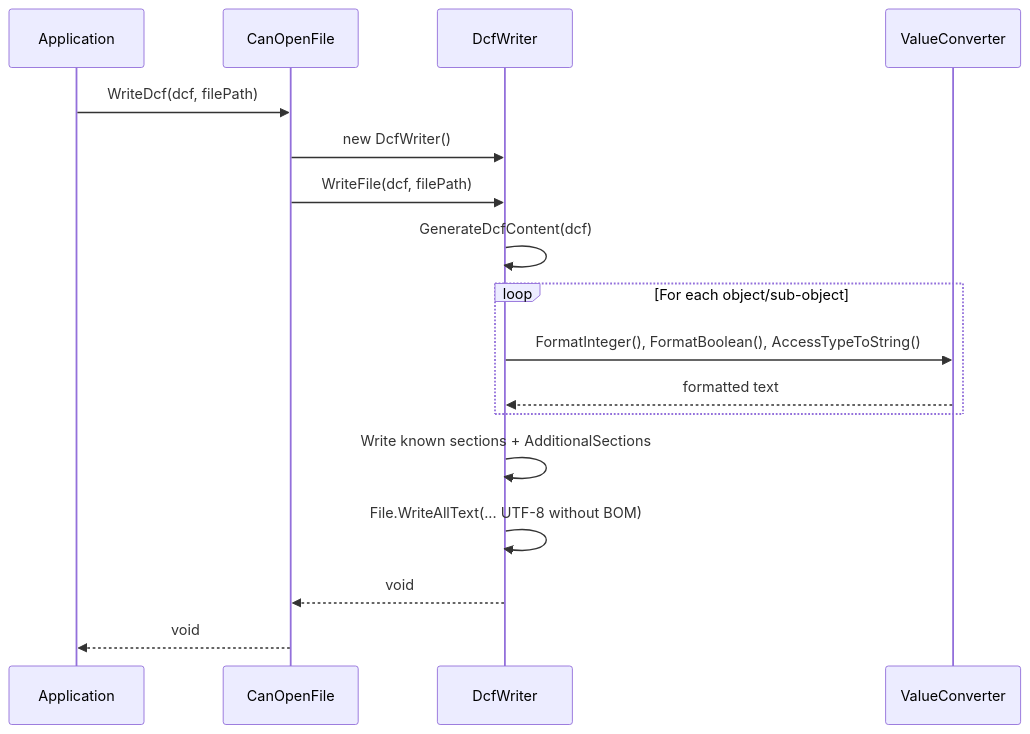
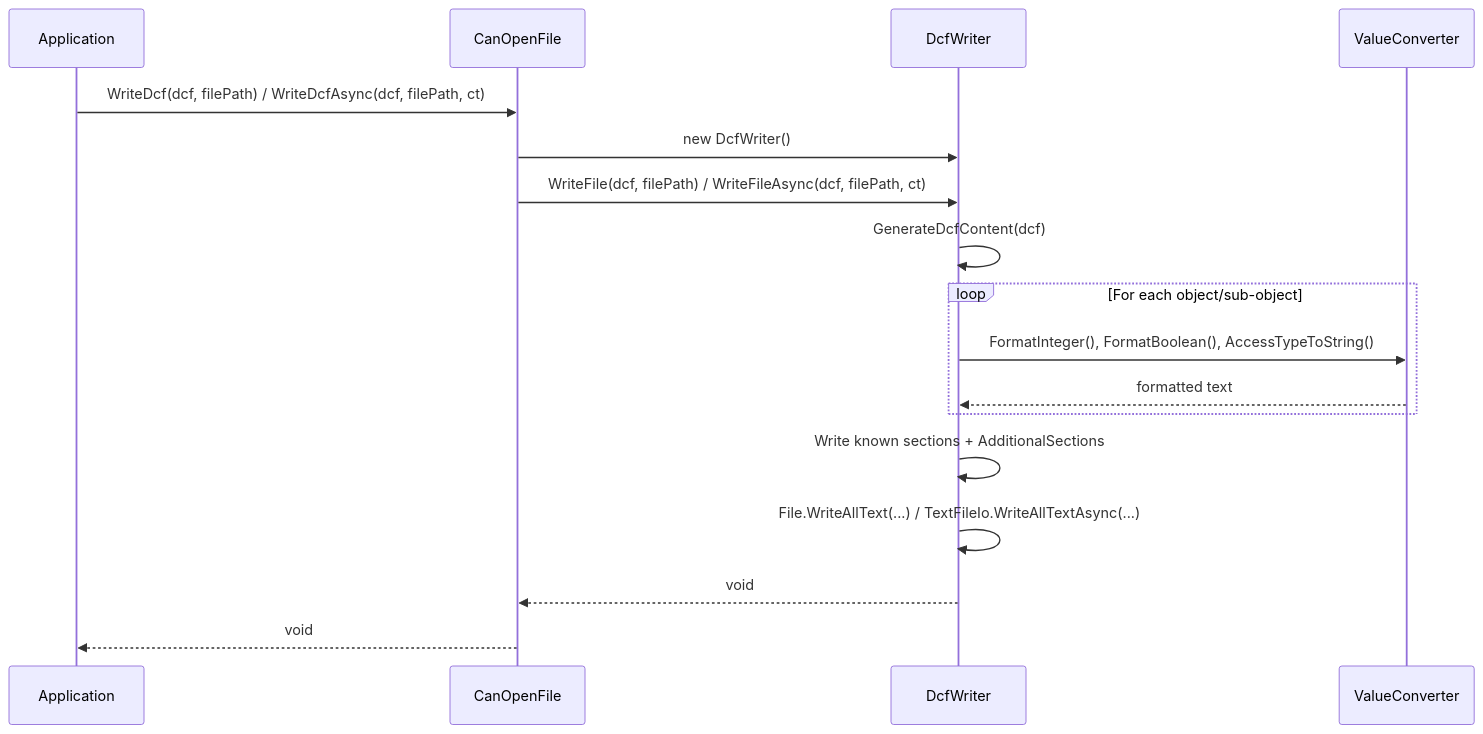
The fourth of 8 diagrams in docs/architecture/06-runtime-view.md (dborgards/eds-dcf-net), drawn with Mermaid before and after one commit. The commit also changed other lines of this file and 27 other files, not shown here.

First line of the commit message:
feat(io): add async read/write APIs for CANopen files (#94)

````diff
--- a/docs/architecture/06-runtime-view.md
+++ b/docs/architecture/06-runtime-view.md
@@ -74,22 +78,22 @@
 ```mermaid
 sequenceDiagram
     participant App as Application
     participant CF as CanOpenFile
     participant DW as DcfWriter
     participant VC as ValueConverter
 
-    App->>CF: WriteDcf(dcf, filePath)
+    App->>CF: WriteDcf(dcf, filePath) / WriteDcfAsync(dcf, filePath, ct)
     CF->>DW: new DcfWriter()
-    CF->>DW: WriteFile(dcf, filePath)
+    CF->>DW: WriteFile(dcf, filePath) / WriteFileAsync(dcf, filePath, ct)
     DW->>DW: GenerateDcfContent(dcf)
 
     loop For each object/sub-object
         DW->>VC: FormatInteger(), FormatBoolean(), AccessTypeToString()
         VC-->>DW: formatted text
     end
 
     DW->>DW: Write known sections + AdditionalSections
-    DW->>DW: File.WriteAllText(... UTF-8 without BOM)
+    DW->>DW: File.WriteAllText(...) / TextFileIo.WriteAllTextAsync(...)
     DW-->>CF: void
     CF-->>App: void
 ```
````
